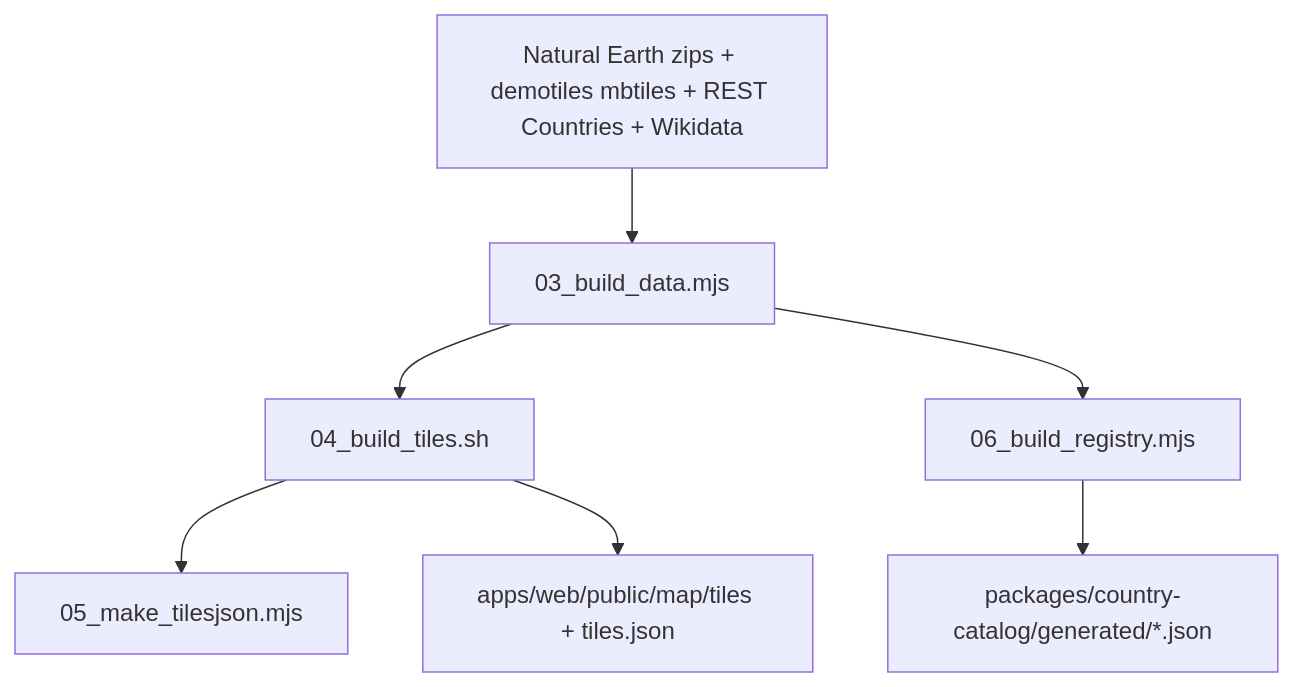
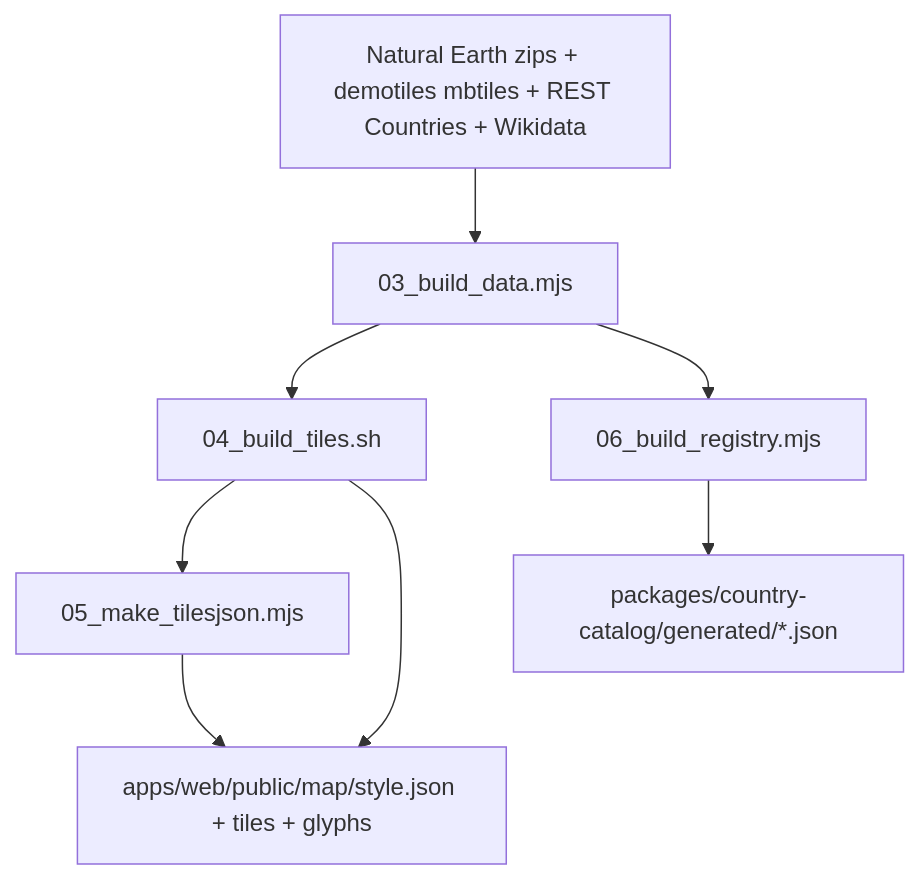
Before and after one commit to atamuratov07/maptap-game: diagram 12 of 12 in docs/project-architecture.md, drawn with Mermaid. The commit also changed other lines of this file and 2 other files, not shown here.

````diff
--- a/docs/project-architecture.md
+++ b/docs/project-architecture.md
@@ -484,17 +454,18 @@
 ```mermaid
 graph TD
     Upstream["Natural Earth zips + demotiles mbtiles + REST Countries + Wikidata"]
     BuildData["03_build_data.mjs"]
     BuildTiles["04_build_tiles.sh"]
     TileJson["05_make_tilesjson.mjs"]
     BuildRegistry["06_build_registry.mjs"]
     CatalogJson["packages/country-catalog/generated/*.json"]
-    WebMap["apps/web/public/map/tiles + tiles.json"]
+    WebMap["apps/web/public/map/style.json + tiles + glyphs"]
 
     Upstream --> BuildData
     BuildData --> BuildTiles
     BuildData --> BuildRegistry
     BuildTiles --> TileJson
     BuildTiles --> WebMap
+    TileJson --> WebMap
     BuildRegistry --> CatalogJson
 ```
````
